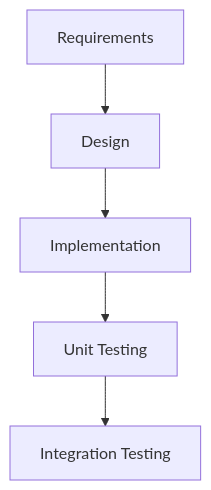
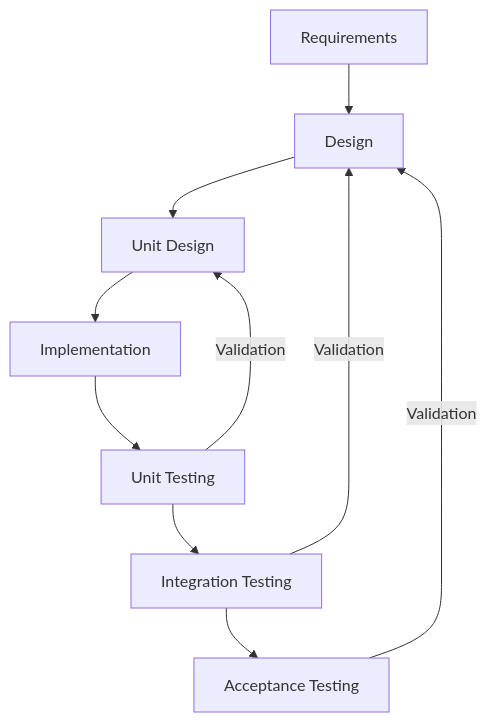
One commit to Uiowa-Applied-Topology/tanglenomicon_core_libraries changed the first of 2 diagrams in README.md. Above: the diagram before and after it, drawn with Mermaid. The commit also changed other lines of this file and 19 other files, not shown here.

````diff
--- a/README.md
+++ b/README.md
@@ -69,7 +69,14 @@
 ```mermaid
-flowchart TD
-    Requirements --> Design
-    Design --> Implementation
-    Implementation --> UT[Unit Testing]
-    UT --> IT["Integration Testing"]
+graph TD
+    A[Requirements] --> B[Design]
+    B --> D[Unit Design]
+    D --> E[Implementation]
+
+    E --> F[Unit Testing]
+    F --> G[Integration Testing]
+    G --> I[Acceptance Testing]
+
+    I -->|Validation| B
+    G -->|Validation| B
+    F -->|Validation| D
 ```
````
